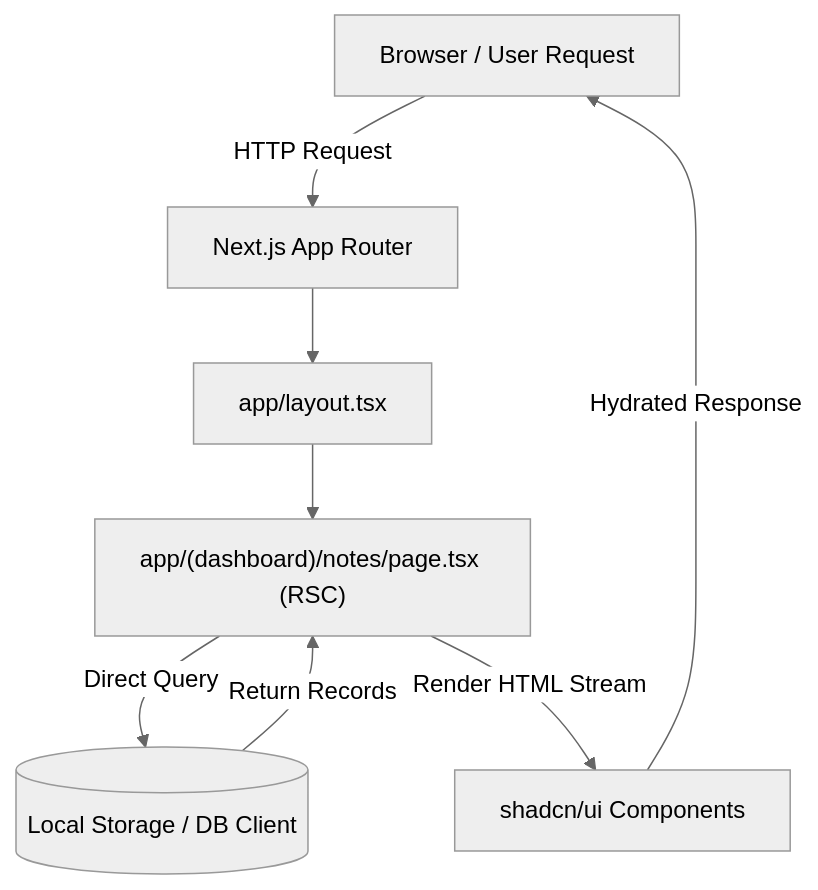
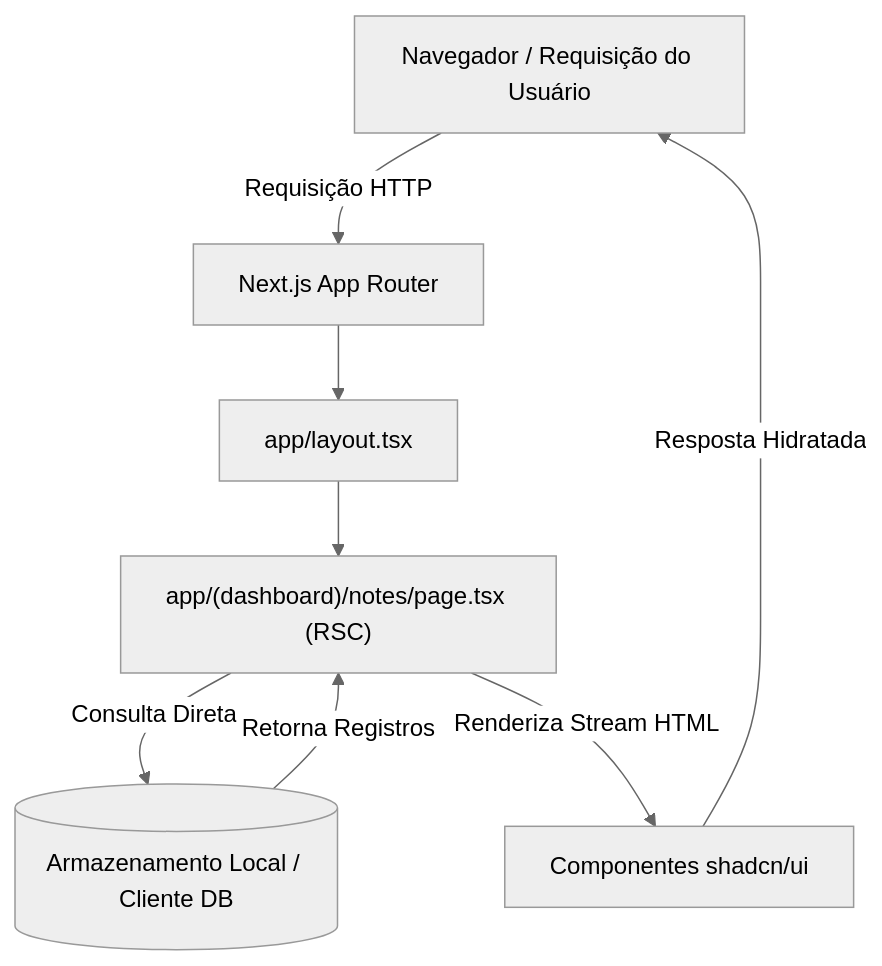
Before and after one commit to ianmaciel7/notes-app: the first of 2 diagrams in docs/translations/pt-br/architecture/README.md, drawn with Mermaid (neutral theme). The commit also changed other lines of this file and 30 other files, not shown here.

Commit message:
docs: add architecture documentation, Portuguese translations, and agent resources

````diff
--- a/docs/translations/pt-br/architecture/README.md
+++ b/docs/translations/pt-br/architecture/README.md
@@ -109,10 +109,10 @@
 ```mermaid
 flowchart TD
-    Req[Browser / User Request] -->|HTTP Request| Router[Next.js App Router]
+    Req[Navegador / Requisição do Usuário] -->|Requisição HTTP| Router[Next.js App Router]
     Router --> Layout[app/layout.tsx]
     Layout --> Page["app/(dashboard)/notes/page.tsx (RSC)"]
-    Page -->|Direct Query| DB[(Local Storage / DB Client)]
-    DB -->|Return Records| Page
-    Page -->|Render HTML Stream| UI[shadcn/ui Components]
-    UI -->|Hydrated Response| Req
+    Page -->|Consulta Direta| DB[(Armazenamento Local / Cliente DB)]
+    DB -->|Retorna Registros| Page
+    Page -->|Renderiza Stream HTML| UI[Componentes shadcn/ui]
+    UI -->|Resposta Hidratada| Req
 ```
````
